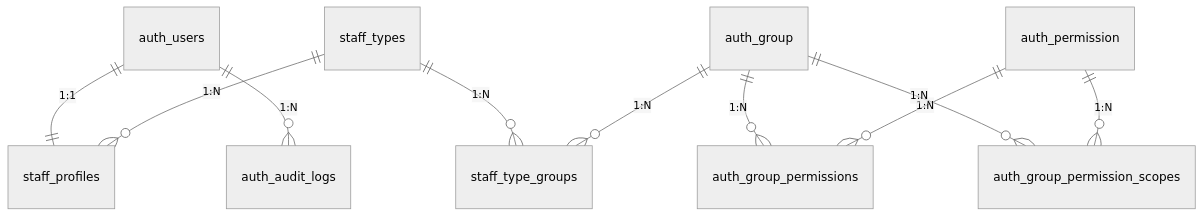
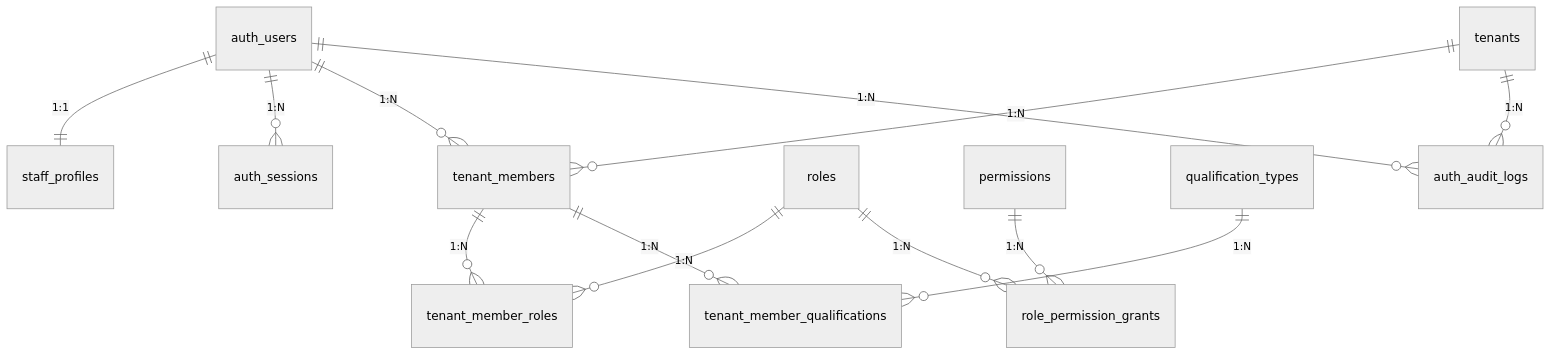
Before and after one commit to zyx-lab/dikong-tech-design: the diagram in 权限管理侧实现/authz_logical_model.md, drawn with Mermaid (neutral theme). The commit also changed other lines of this file and 7 other files, not shown here.

First line of the commit message:
Refactor authz_schema.dbml and related documentation

````diff
--- a/权限管理侧实现/authz_logical_model.md
+++ b/权限管理侧实现/authz_logical_model.md
@@ -168,12 +294,15 @@
 ```mermaid
 erDiagram
     auth_users ||--|| staff_profiles : "1:1"
-    staff_types ||--o{ staff_profiles : "1:N"
-    staff_types ||--o{ staff_type_groups : "1:N"
-    auth_group ||--o{ staff_type_groups : "1:N"
-    auth_group ||--o{ auth_group_permissions : "1:N"
-    auth_permission ||--o{ auth_group_permissions : "1:N"
-    auth_group ||--o{ auth_group_permission_scopes : "1:N"
-    auth_permission ||--o{ auth_group_permission_scopes : "1:N"
+    auth_users ||--o{ auth_sessions : "1:N"
+    tenants ||--o{ tenant_members : "1:N"
+    auth_users ||--o{ tenant_members : "1:N"
+    tenant_members ||--o{ tenant_member_roles : "1:N"
+    roles ||--o{ tenant_member_roles : "1:N"
+    roles ||--o{ role_permission_grants : "1:N"
+    permissions ||--o{ role_permission_grants : "1:N"
+    tenant_members ||--o{ tenant_member_qualifications : "1:N"
+    qualification_types ||--o{ tenant_member_qualifications : "1:N"
+    tenants ||--o{ auth_audit_logs : "1:N"
     auth_users ||--o{ auth_audit_logs : "1:N"
 ```
````
